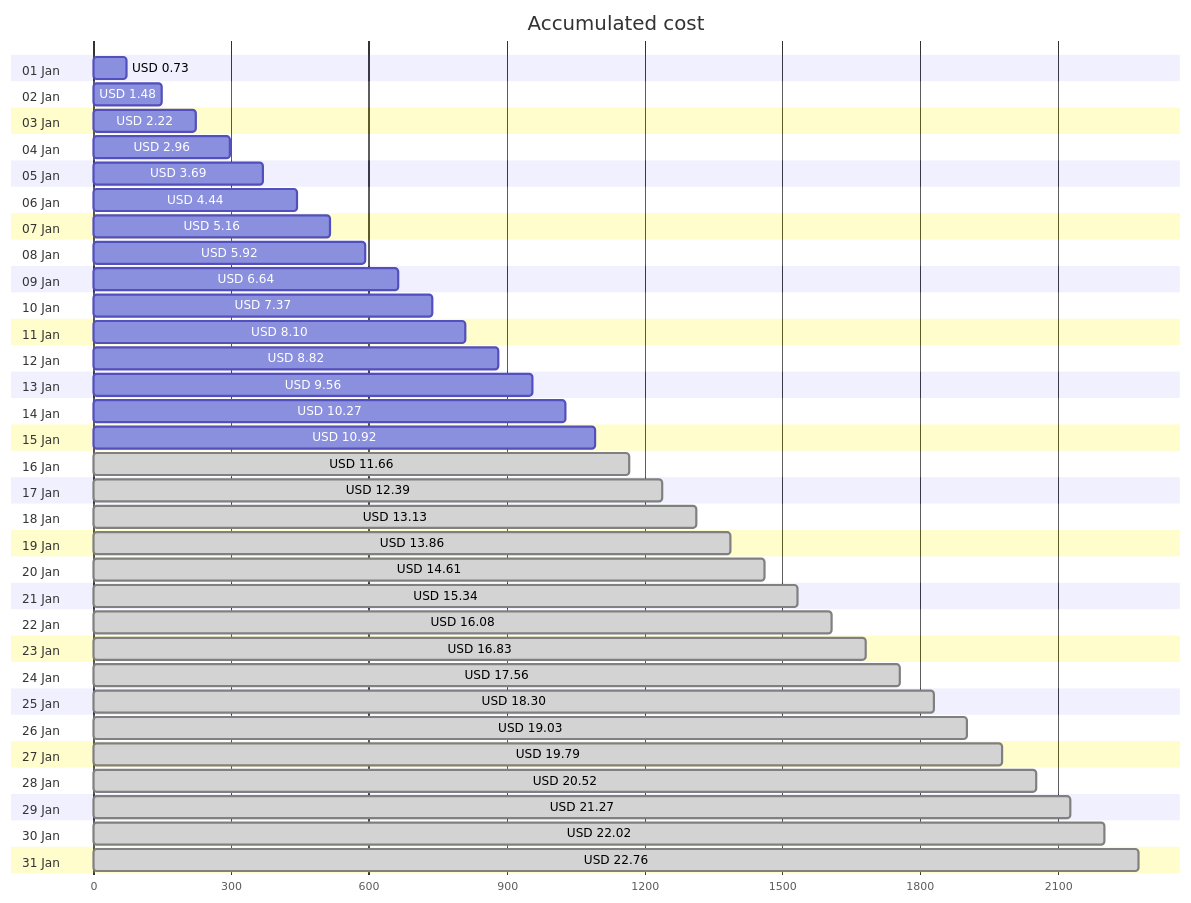
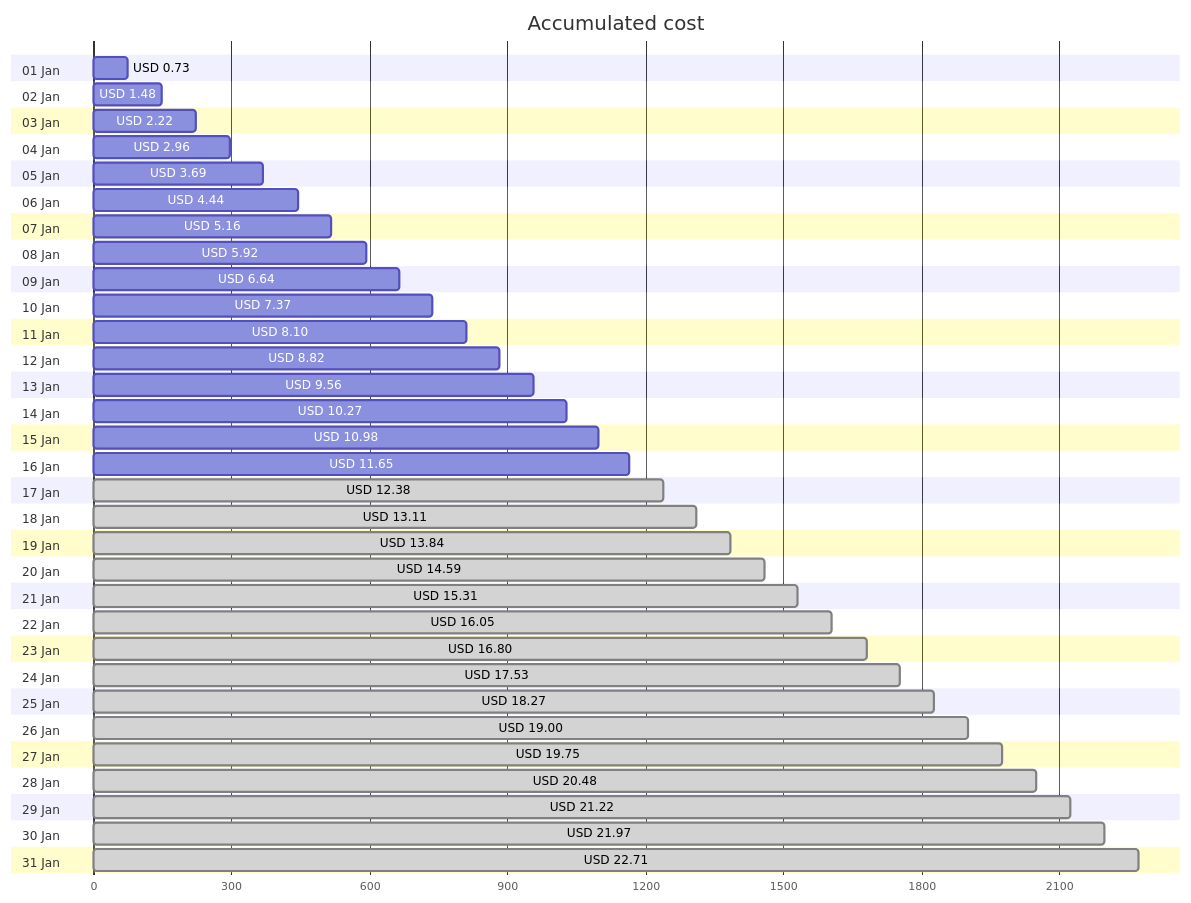
Before and after one commit to jpfulton/azure-personal-reports: the first of 4 diagrams in cost-reports/personal-network/backup-server-data-disk.md, drawn with Mermaid. The commit also changed other lines of this file and 8 other files, not shown here.

````diff
--- a/cost-reports/personal-network/backup-server-data-disk.md
+++ b/cost-reports/personal-network/backup-server-data-disk.md
@@ -20,68 +20,68 @@
 ```mermaid
 gantt
    title Accumulated cost
    dateFormat  X
    axisFormat %s
    section 01 Jan
    USD 0.73 :0, 73
    section 02 Jan
    USD 1.48 :0, 148
    section 03 Jan
    USD 2.22 :0, 222
    section 04 Jan
    USD 2.96 :0, 296
    section 05 Jan
    USD 3.69 :0, 369
    section 06 Jan
    USD 4.44 :0, 444
    section 07 Jan
    USD 5.16 :0, 516
    section 08 Jan
    USD 5.92 :0, 592
    section 09 Jan
    USD 6.64 :0, 664
    section 10 Jan
    USD 7.37 :0, 737
    section 11 Jan
    USD 8.10 :0, 810
    section 12 Jan
    USD 8.82 :0, 882
    section 13 Jan
    USD 9.56 :0, 956
    section 14 Jan
    USD 10.27 :0, 1027
    section 15 Jan
-   USD 10.92 :0, 1092
+   USD 10.98 :0, 1098
    section 16 Jan
-   USD 11.66 : done, 0, 1166
+   USD 11.65 :0, 1165
    section 17 Jan
-   USD 12.39 : done, 0, 1239
+   USD 12.38 : done, 0, 1238
    section 18 Jan
-   USD 13.13 : done, 0, 1313
+   USD 13.11 : done, 0, 1311
    section 19 Jan
-   USD 13.86 : done, 0, 1386
+   USD 13.84 : done, 0, 1384
    section 20 Jan
-   USD 14.61 : done, 0, 1461
+   USD 14.59 : done, 0, 1459
    section 21 Jan
-   USD 15.34 : done, 0, 1534
+   USD 15.31 : done, 0, 1531
    section 22 Jan
-   USD 16.08 : done, 0, 1608
+   USD 16.05 : done, 0, 1605
    section 23 Jan
-   USD 16.83 : done, 0, 1683
+   USD 16.80 : done, 0, 1680
    section 24 Jan
-   USD 17.56 : done, 0, 1756
+   USD 17.53 : done, 0, 1753
    section 25 Jan
-   USD 18.30 : done, 0, 1830
+   USD 18.27 : done, 0, 1827
    section 26 Jan
-   USD 19.03 : done, 0, 1903
+   USD 19.00 : done, 0, 1900
    section 27 Jan
-   USD 19.79 : done, 0, 1979
+   USD 19.75 : done, 0, 1975
    section 28 Jan
-   USD 20.52 : done, 0, 2052
+   USD 20.48 : done, 0, 2048
    section 29 Jan
-   USD 21.27 : done, 0, 2127
+   USD 21.22 : done, 0, 2122
    section 30 Jan
-   USD 22.02 : done, 0, 2202
+   USD 21.97 : done, 0, 2197
    section 31 Jan
-   USD 22.76 : done, 0, 2276
+   USD 22.71 : done, 0, 2271
 ```
````
